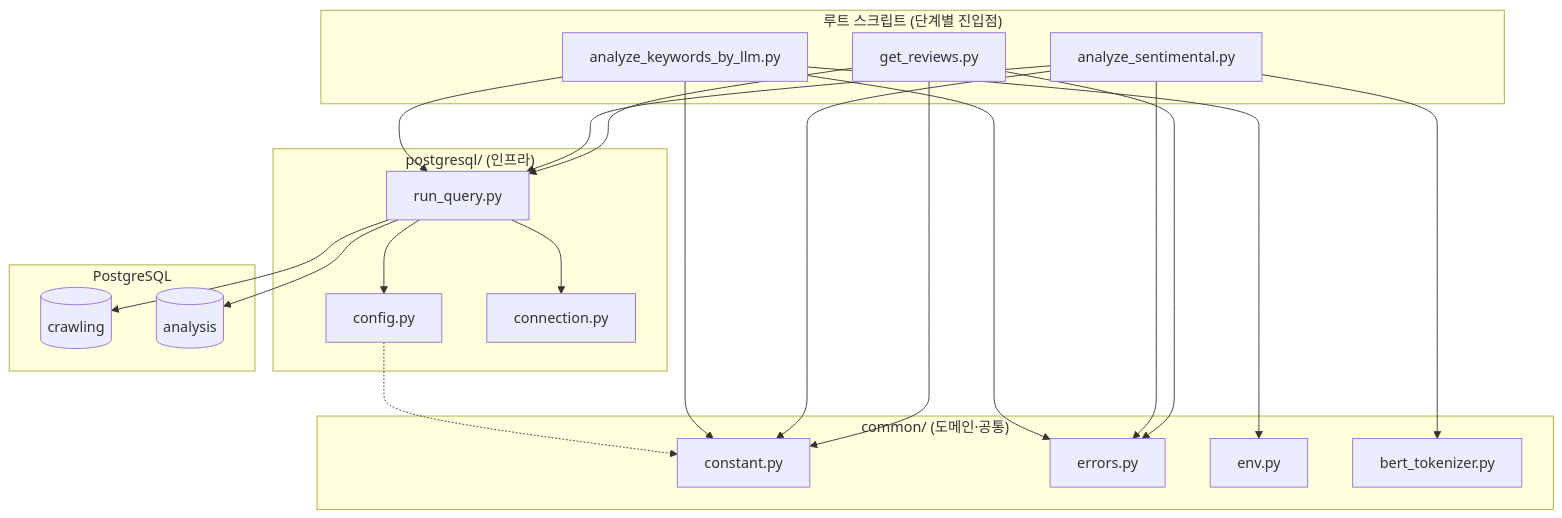
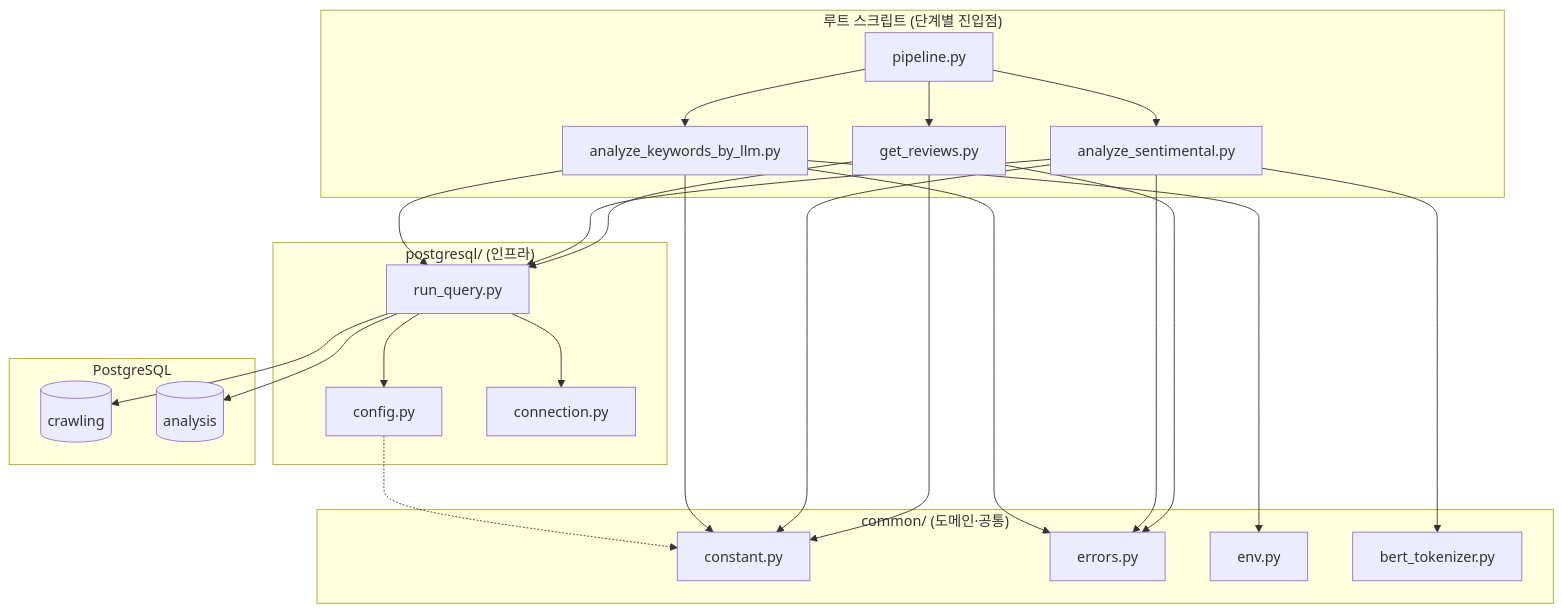
One commit to SKN-27th-FitLog/SK-Connect changed the first of 7 diagrams in ai/post_analysis/docs/design.md. Above: the diagram before and after it, drawn with Mermaid. The commit also changed other lines of this file and 7 other files, not shown here.

````diff
--- a/ai/post_analysis/docs/design.md
+++ b/ai/post_analysis/docs/design.md
@@ -43,45 +45,49 @@
 ```mermaid
 flowchart TB
   subgraph scripts ["루트 스크립트 (단계별 진입점)"]
+    PL[pipeline.py]
     GR[get_reviews.py]
     AS[analyze_sentimental.py]
     AK[analyze_keywords_by_llm.py]
   end
 
   subgraph common ["common/ (도메인·공통)"]
     C1[constant.py]
     C2[errors.py]
     C3[env.py]
     C4[bert_tokenizer.py]
   end
 
   subgraph pg ["postgresql/ (인프라)"]
     P1[config.py]
     P2[connection.py]
     P3[run_query.py]
   end
 
   subgraph db ["PostgreSQL"]
     crawl[(crawling)]
     anal[(analysis)]
   end
 
+  PL --> GR
+  PL --> AS
+  PL --> AK
   GR --> C1
   GR --> C2
   GR --> P3
   AS --> C1
   AS --> C2
   AS --> C4
   AS --> P3
   AK --> C1
   AK --> C2
   AK --> C3
   AK --> P3
 
   P3 --> P1
   P3 --> P2
   P1 -.-> C1
 
   P3 --> crawl
   P3 --> anal
 ```
````
